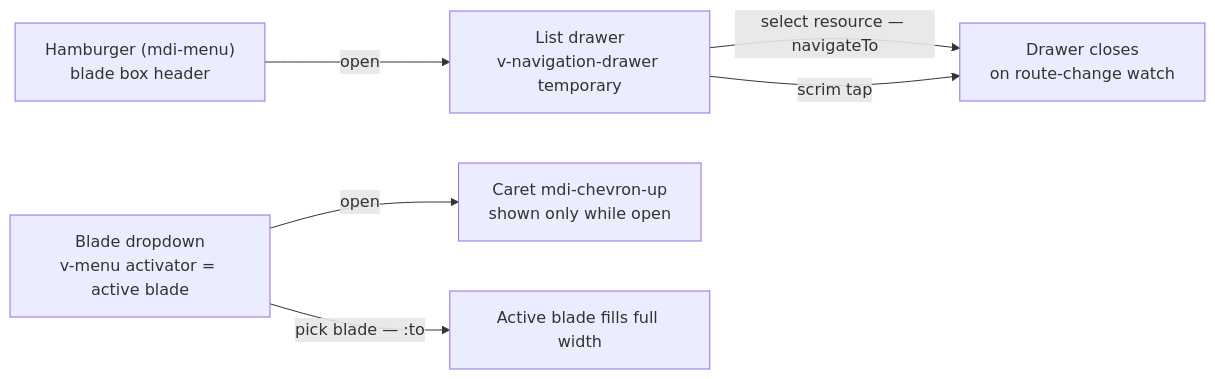
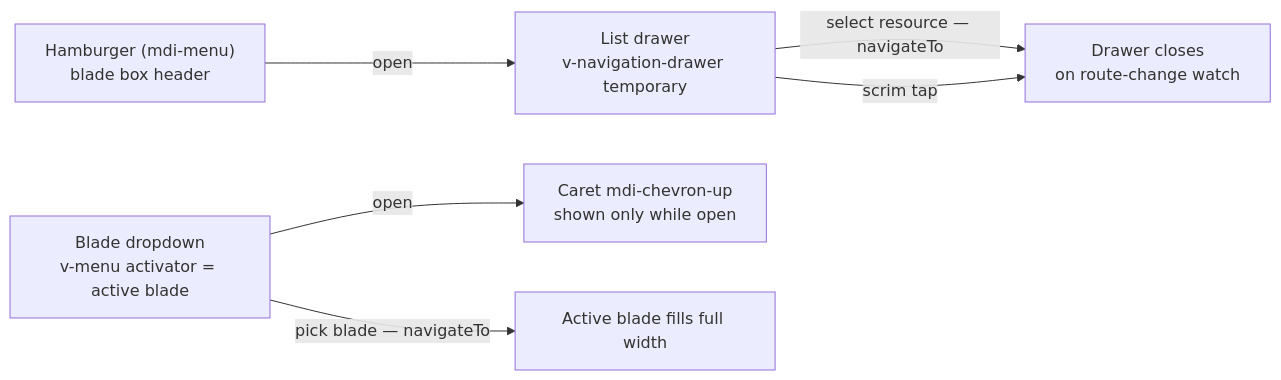
Before and after one commit to Esposter/Esposter: the second of 3 diagrams in packages/app/content/docs/platform/resource-explorer.md, drawn with Mermaid. The commit also changed other lines of this file and 27 other files, not shown here.

````diff
--- a/packages/app/content/docs/platform/resource-explorer.md
+++ b/packages/app/content/docs/platform/resource-explorer.md
@@ -98,8 +100,8 @@
 ```mermaid
 flowchart LR
   HB["Hamburger (mdi-menu)<br/>blade box header"] -->|open| DRAWER["List drawer<br/>v-navigation-drawer temporary"]
   DRAWER -->|select resource — navigateTo| CLOSED["Drawer closes<br/>on route-change watch"]
   DRAWER -->|scrim tap| CLOSED
   BNAV["Blade dropdown<br/>v-menu activator = active blade"] -->|open| CARET["Caret mdi-chevron-up<br/>shown only while open"]
-  BNAV -->|pick blade — :to| BLADE["Active blade fills full width"]
+  BNAV -->|pick blade — navigateTo| BLADE["Active blade fills full width"]
 ```
````
